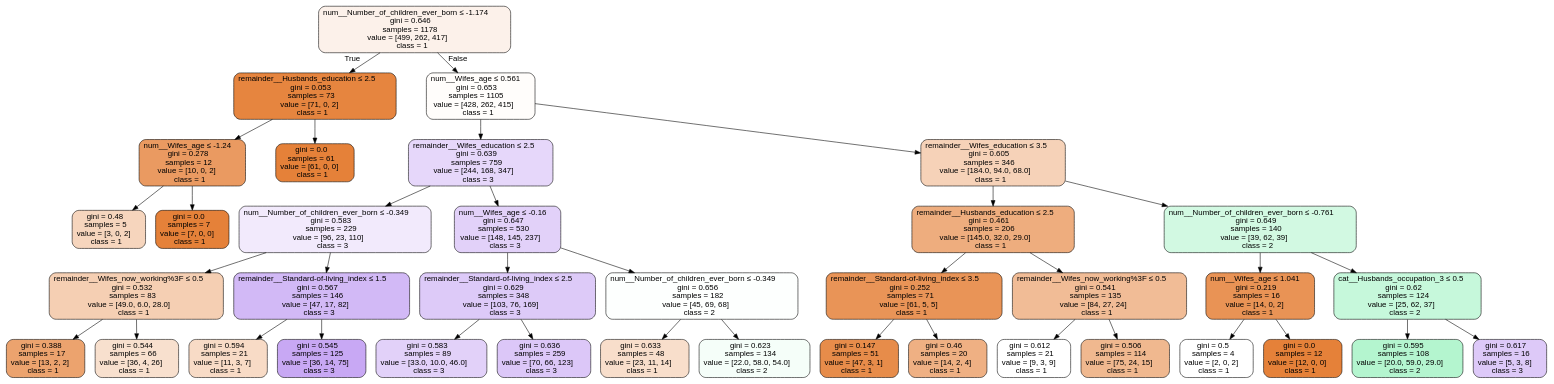
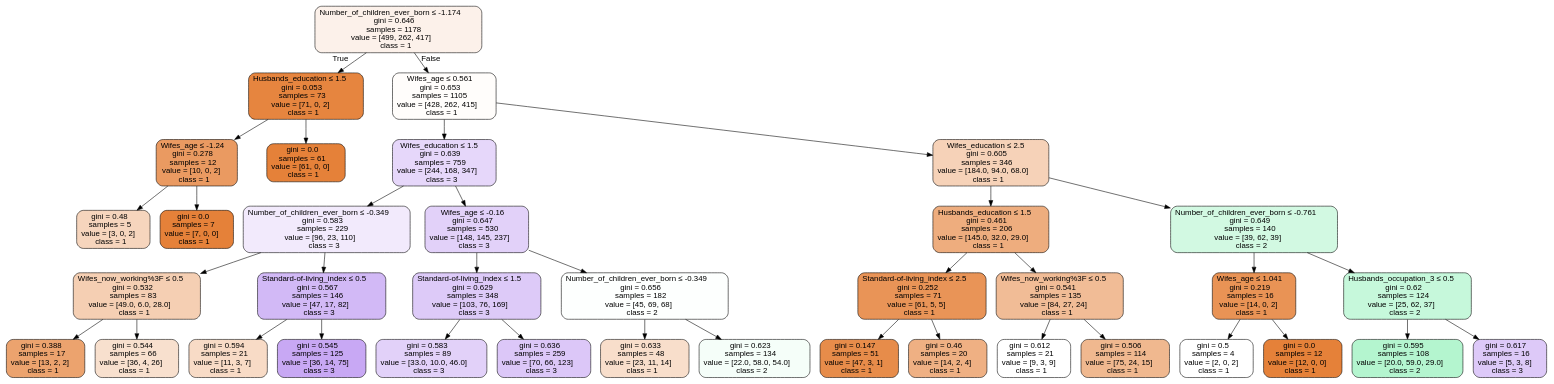
Before and after one commit to IDM4s-2025/TC2034-final-team8: the diagram in images/decision_trees/best_tree.dot, drawn with Graphviz. The commit also changed 1 other file, not shown here.

```diff
--- a/images/decision_trees/best_tree.dot
+++ b/images/decision_trees/best_tree.dot
@@ -1,77 +1,77 @@
 digraph Tree {
 node [shape=box, style="filled, rounded", color="black", fontname="helvetica"] ;
 edge [fontname="helvetica"] ;
-0 [label=<num__Number_of_children_ever_born &le; -1.174<br/>gini = 0.646<br/>samples = 1178<br/>value = [499, 262, 417]<br/>class = 1>, fillcolor="#fcf1ea"] ;
-1 [label=<remainder__Husbands_education &le; 2.5<br/>gini = 0.053<br/>samples = 73<br/>value = [71, 0, 2]<br/>class = 1>, fillcolor="#e6853f"] ;
+0 [label=<Number_of_children_ever_born &le; -1.174<br/>gini = 0.646<br/>samples = 1178<br/>value = [499, 262, 417]<br/>class = 1>, fillcolor="#fcf1ea"] ;
+1 [label=<Husbands_education &le; 1.5<br/>gini = 0.053<br/>samples = 73<br/>value = [71, 0, 2]<br/>class = 1>, fillcolor="#e6853f"] ;
 0 -> 1 [labeldistance=2.5, labelangle=45, headlabel="True"] ;
-2 [label=<num__Wifes_age &le; -1.24<br/>gini = 0.278<br/>samples = 12<br/>value = [10, 0, 2]<br/>class = 1>, fillcolor="#ea9a61"] ;
+2 [label=<Wifes_age &le; -1.24<br/>gini = 0.278<br/>samples = 12<br/>value = [10, 0, 2]<br/>class = 1>, fillcolor="#ea9a61"] ;
 1 -> 2 ;
 3 [label=<gini = 0.48<br/>samples = 5<br/>value = [3, 0, 2]<br/>class = 1>, fillcolor="#f6d5bd"] ;
 2 -> 3 ;
 4 [label=<gini = 0.0<br/>samples = 7<br/>value = [7, 0, 0]<br/>class = 1>, fillcolor="#e58139"] ;
 2 -> 4 ;
 5 [label=<gini = 0.0<br/>samples = 61<br/>value = [61, 0, 0]<br/>class = 1>, fillcolor="#e58139"] ;
 1 -> 5 ;
-6 [label=<num__Wifes_age &le; 0.561<br/>gini = 0.653<br/>samples = 1105<br/>value = [428, 262, 415]<br/>class = 1>, fillcolor="#fffdfb"] ;
+6 [label=<Wifes_age &le; 0.561<br/>gini = 0.653<br/>samples = 1105<br/>value = [428, 262, 415]<br/>class = 1>, fillcolor="#fffdfb"] ;
 0 -> 6 [labeldistance=2.5, labelangle=-45, headlabel="False"] ;
-7 [label=<remainder__Wifes_education &le; 2.5<br/>gini = 0.639<br/>samples = 759<br/>value = [244, 168, 347]<br/>class = 3>, fillcolor="#e6d7fa"] ;
+7 [label=<Wifes_education &le; 1.5<br/>gini = 0.639<br/>samples = 759<br/>value = [244, 168, 347]<br/>class = 3>, fillcolor="#e6d7fa"] ;
 6 -> 7 ;
-8 [label=<num__Number_of_children_ever_born &le; -0.349<br/>gini = 0.583<br/>samples = 229<br/>value = [96, 23, 110]<br/>class = 3>, fillcolor="#f2eafc"] ;
+8 [label=<Number_of_children_ever_born &le; -0.349<br/>gini = 0.583<br/>samples = 229<br/>value = [96, 23, 110]<br/>class = 3>, fillcolor="#f2eafc"] ;
 7 -> 8 ;
-9 [label=<remainder__Wifes_now_working%3F &le; 0.5<br/>gini = 0.532<br/>samples = 83<br/>value = [49.0, 6.0, 28.0]<br/>class = 1>, fillcolor="#f5cfb3"] ;
+9 [label=<Wifes_now_working%3F &le; 0.5<br/>gini = 0.532<br/>samples = 83<br/>value = [49.0, 6.0, 28.0]<br/>class = 1>, fillcolor="#f5cfb3"] ;
 8 -> 9 ;
 10 [label=<gini = 0.388<br/>samples = 17<br/>value = [13, 2, 2]<br/>class = 1>, fillcolor="#eca36e"] ;
 9 -> 10 ;
 11 [label=<gini = 0.544<br/>samples = 66<br/>value = [36, 4, 26]<br/>class = 1>, fillcolor="#f8e0ce"] ;
 9 -> 11 ;
-12 [label=<remainder__Standard-of-living_index &le; 1.5<br/>gini = 0.567<br/>samples = 146<br/>value = [47, 17, 82]<br/>class = 3>, fillcolor="#d2b9f6"] ;
+12 [label=<Standard-of-living_index &le; 0.5<br/>gini = 0.567<br/>samples = 146<br/>value = [47, 17, 82]<br/>class = 3>, fillcolor="#d2b9f6"] ;
 8 -> 12 ;
 13 [label=<gini = 0.594<br/>samples = 21<br/>value = [11, 3, 7]<br/>class = 1>, fillcolor="#f8dbc6"] ;
 12 -> 13 ;
 14 [label=<gini = 0.545<br/>samples = 125<br/>value = [36, 14, 75]<br/>class = 3>, fillcolor="#c8a8f4"] ;
 12 -> 14 ;
-15 [label=<num__Wifes_age &le; -0.16<br/>gini = 0.647<br/>samples = 530<br/>value = [148, 145, 237]<br/>class = 3>, fillcolor="#e2d1f9"] ;
+15 [label=<Wifes_age &le; -0.16<br/>gini = 0.647<br/>samples = 530<br/>value = [148, 145, 237]<br/>class = 3>, fillcolor="#e2d1f9"] ;
 7 -> 15 ;
-16 [label=<remainder__Standard-of-living_index &le; 2.5<br/>gini = 0.629<br/>samples = 348<br/>value = [103, 76, 169]<br/>class = 3>, fillcolor="#ddcaf8"] ;
+16 [label=<Standard-of-living_index &le; 1.5<br/>gini = 0.629<br/>samples = 348<br/>value = [103, 76, 169]<br/>class = 3>, fillcolor="#ddcaf8"] ;
 15 -> 16 ;
 17 [label=<gini = 0.583<br/>samples = 89<br/>value = [33.0, 10.0, 46.0]<br/>class = 3>, fillcolor="#e2d1f9"] ;
 16 -> 17 ;
 18 [label=<gini = 0.636<br/>samples = 259<br/>value = [70, 66, 123]<br/>class = 3>, fillcolor="#dcc7f8"] ;
 16 -> 18 ;
-19 [label=<num__Number_of_children_ever_born &le; -0.349<br/>gini = 0.656<br/>samples = 182<br/>value = [45, 69, 68]<br/>class = 2>, fillcolor="#fdfffe"] ;
+19 [label=<Number_of_children_ever_born &le; -0.349<br/>gini = 0.656<br/>samples = 182<br/>value = [45, 69, 68]<br/>class = 2>, fillcolor="#fdfffe"] ;
 15 -> 19 ;
 20 [label=<gini = 0.633<br/>samples = 48<br/>value = [23, 11, 14]<br/>class = 1>, fillcolor="#f8decb"] ;
 19 -> 20 ;
 21 [label=<gini = 0.623<br/>samples = 134<br/>value = [22.0, 58.0, 54.0]<br/>class = 2>, fillcolor="#f5fef9"] ;
 19 -> 21 ;
-22 [label=<remainder__Wifes_education &le; 3.5<br/>gini = 0.605<br/>samples = 346<br/>value = [184.0, 94.0, 68.0]<br/>class = 1>, fillcolor="#f6d2b8"] ;
+22 [label=<Wifes_education &le; 2.5<br/>gini = 0.605<br/>samples = 346<br/>value = [184.0, 94.0, 68.0]<br/>class = 1>, fillcolor="#f6d2b8"] ;
 6 -> 22 ;
-23 [label=<remainder__Husbands_education &le; 2.5<br/>gini = 0.461<br/>samples = 206<br/>value = [145.0, 32.0, 29.0]<br/>class = 1>, fillcolor="#eead7e"] ;
+23 [label=<Husbands_education &le; 1.5<br/>gini = 0.461<br/>samples = 206<br/>value = [145.0, 32.0, 29.0]<br/>class = 1>, fillcolor="#eead7e"] ;
 22 -> 23 ;
-24 [label=<remainder__Standard-of-living_index &le; 3.5<br/>gini = 0.252<br/>samples = 71<br/>value = [61, 5, 5]<br/>class = 1>, fillcolor="#e99457"] ;
+24 [label=<Standard-of-living_index &le; 2.5<br/>gini = 0.252<br/>samples = 71<br/>value = [61, 5, 5]<br/>class = 1>, fillcolor="#e99457"] ;
 23 -> 24 ;
 25 [label=<gini = 0.147<br/>samples = 51<br/>value = [47, 3, 1]<br/>class = 1>, fillcolor="#e78c4a"] ;
 24 -> 25 ;
 26 [label=<gini = 0.46<br/>samples = 20<br/>value = [14, 2, 4]<br/>class = 1>, fillcolor="#efb083"] ;
 24 -> 26 ;
-27 [label=<remainder__Wifes_now_working%3F &le; 0.5<br/>gini = 0.541<br/>samples = 135<br/>value = [84, 27, 24]<br/>class = 1>, fillcolor="#f1bc96"] ;
+27 [label=<Wifes_now_working%3F &le; 0.5<br/>gini = 0.541<br/>samples = 135<br/>value = [84, 27, 24]<br/>class = 1>, fillcolor="#f1bc96"] ;
 23 -> 27 ;
 28 [label=<gini = 0.612<br/>samples = 21<br/>value = [9, 3, 9]<br/>class = 1>, fillcolor="#ffffff"] ;
 27 -> 28 ;
 29 [label=<gini = 0.506<br/>samples = 114<br/>value = [75, 24, 15]<br/>class = 1>, fillcolor="#f0b88f"] ;
 27 -> 29 ;
-30 [label=<num__Number_of_children_ever_born &le; -0.761<br/>gini = 0.649<br/>samples = 140<br/>value = [39, 62, 39]<br/>class = 2>, fillcolor="#d2f9e2"] ;
+30 [label=<Number_of_children_ever_born &le; -0.761<br/>gini = 0.649<br/>samples = 140<br/>value = [39, 62, 39]<br/>class = 2>, fillcolor="#d2f9e2"] ;
 22 -> 30 ;
-31 [label=<num__Wifes_age &le; 1.041<br/>gini = 0.219<br/>samples = 16<br/>value = [14, 0, 2]<br/>class = 1>, fillcolor="#e99355"] ;
+31 [label=<Wifes_age &le; 1.041<br/>gini = 0.219<br/>samples = 16<br/>value = [14, 0, 2]<br/>class = 1>, fillcolor="#e99355"] ;
 30 -> 31 ;
 32 [label=<gini = 0.5<br/>samples = 4<br/>value = [2, 0, 2]<br/>class = 1>, fillcolor="#ffffff"] ;
 31 -> 32 ;
 33 [label=<gini = 0.0<br/>samples = 12<br/>value = [12, 0, 0]<br/>class = 1>, fillcolor="#e58139"] ;
 31 -> 33 ;
-34 [label=<cat__Husbands_occupation_3 &le; 0.5<br/>gini = 0.62<br/>samples = 124<br/>value = [25, 62, 37]<br/>class = 2>, fillcolor="#c6f8db"] ;
+34 [label=<Husbands_occupation_3 &le; 0.5<br/>gini = 0.62<br/>samples = 124<br/>value = [25, 62, 37]<br/>class = 2>, fillcolor="#c6f8db"] ;
 30 -> 34 ;
 35 [label=<gini = 0.595<br/>samples = 108<br/>value = [20.0, 59.0, 29.0]<br/>class = 2>, fillcolor="#b4f5cf"] ;
 34 -> 35 ;
 36 [label=<gini = 0.617<br/>samples = 16<br/>value = [5, 3, 8]<br/>class = 3>, fillcolor="#ddc9f8"] ;
 34 -> 36 ;
 }
```
